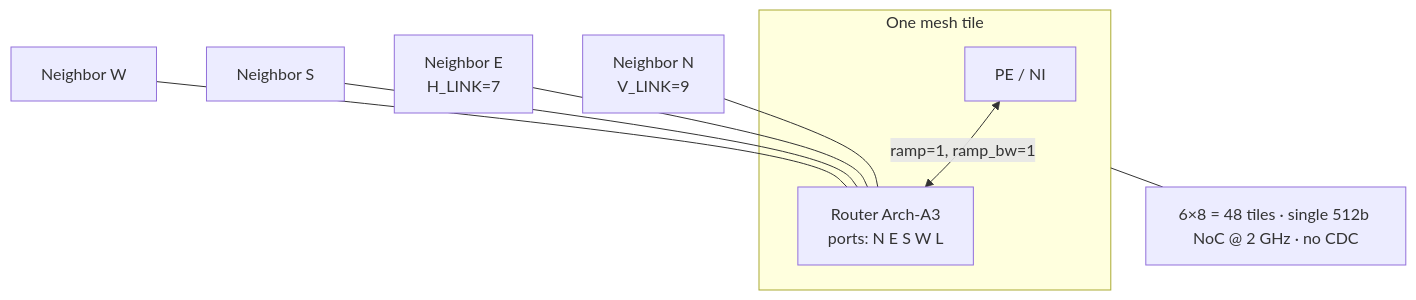
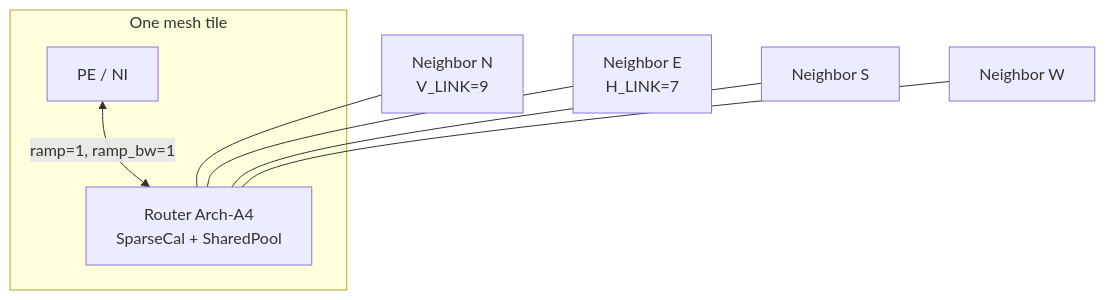
The first of 5 diagrams in docs/phase-3-uarch/uarch-diagram.md (lukebest/booksim2), drawn with Mermaid before and after one commit. The commit also changed other lines of this file and 30 other files, not shown here.

First line of the commit message:
dse: Trial 4 Arch-A4 SharedPool-BG — area 0.822×

````diff
--- a/docs/phase-3-uarch/uarch-diagram.md
+++ b/docs/phase-3-uarch/uarch-diagram.md
@@ -13,14 +14,12 @@
 ```mermaid
 flowchart TB
   subgraph tile["One mesh tile"]
     PE["PE / NI"]
-    R["Router Arch-A3<br/>ports: N E S W L"]
+    R["Router Arch-A4<br/>SparseCal + SharedPool"]
     PE <-->|"ramp=1, ramp_bw=1"| R
   end
   RN["Neighbor N<br/>V_LINK=9"] --- R
   RE["Neighbor E<br/>H_LINK=7"] --- R
   RS["Neighbor S"] --- R
   RW["Neighbor W"] --- R
-  note["6×8 = 48 tiles · single 512b NoC @ 2 GHz · no CDC"]
-  tile --- note
 ```
````
